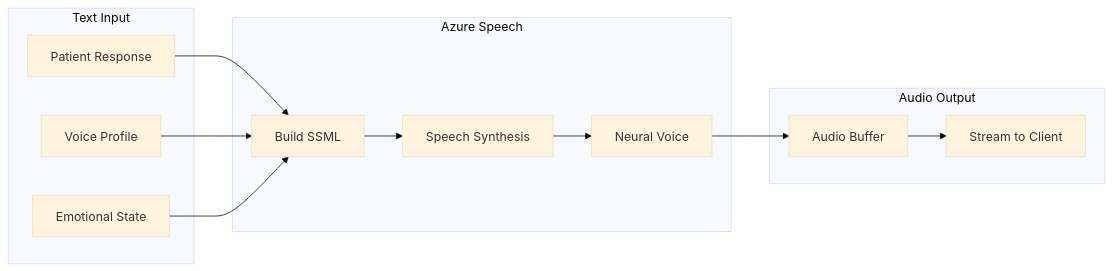
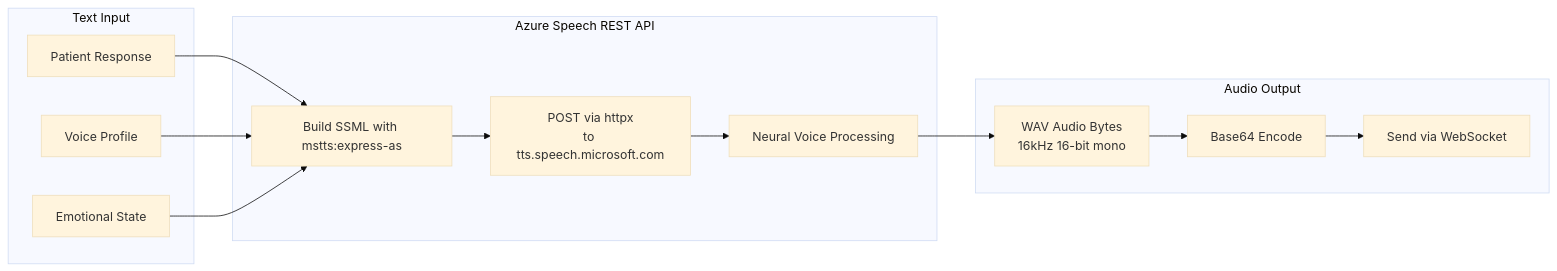
Before and after one commit to Amoukli/Coach_AI: the third of 8 diagrams in docs/diagrams/data-flow.md, drawn with Mermaid (base theme). The commit also changed other lines of this file and 2 other files, not shown here.

First line of the commit message:
Update architecture diagrams for REST API and WebSocket changes

````diff
--- a/docs/diagrams/data-flow.md
+++ b/docs/diagrams/data-flow.md
@@ -82,27 +84,29 @@
 ```mermaid
 flowchart LR
     subgraph Input["Text Input"]
         Response[Patient Response]
         Profile[Voice Profile]
         Emotion[Emotional State]
     end
 
-    subgraph Processing["Azure Speech"]
-        SSML[Build SSML]
-        Synth[Speech Synthesis]
-        Neural[Neural Voice]
+    subgraph Processing["Azure Speech REST API"]
+        SSML[Build SSML with mstts:express-as]
+        HTTP[POST via httpx\nto tts.speech.microsoft.com]
+        Neural[Neural Voice Processing]
     end
 
     subgraph Output["Audio Output"]
-        Audio[Audio Buffer]
-        Stream[Stream to Client]
+        Audio[WAV Audio Bytes\n16kHz 16-bit mono]
+        Base64[Base64 Encode]
+        WS[Send via WebSocket]
     end
 
     Response --> SSML
     Profile --> SSML
     Emotion --> SSML
-    SSML --> Synth
-    Synth --> Neural
+    SSML --> HTTP
+    HTTP --> Neural
     Neural --> Audio
-    Audio --> Stream
+    Audio --> Base64
+    Base64 --> WS
 ```
````
